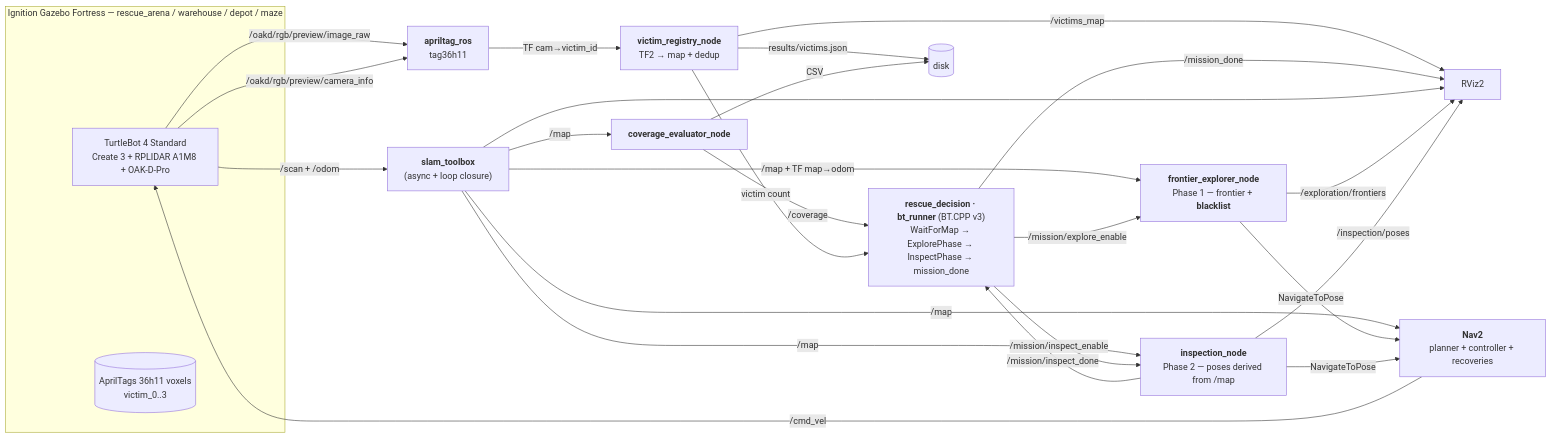
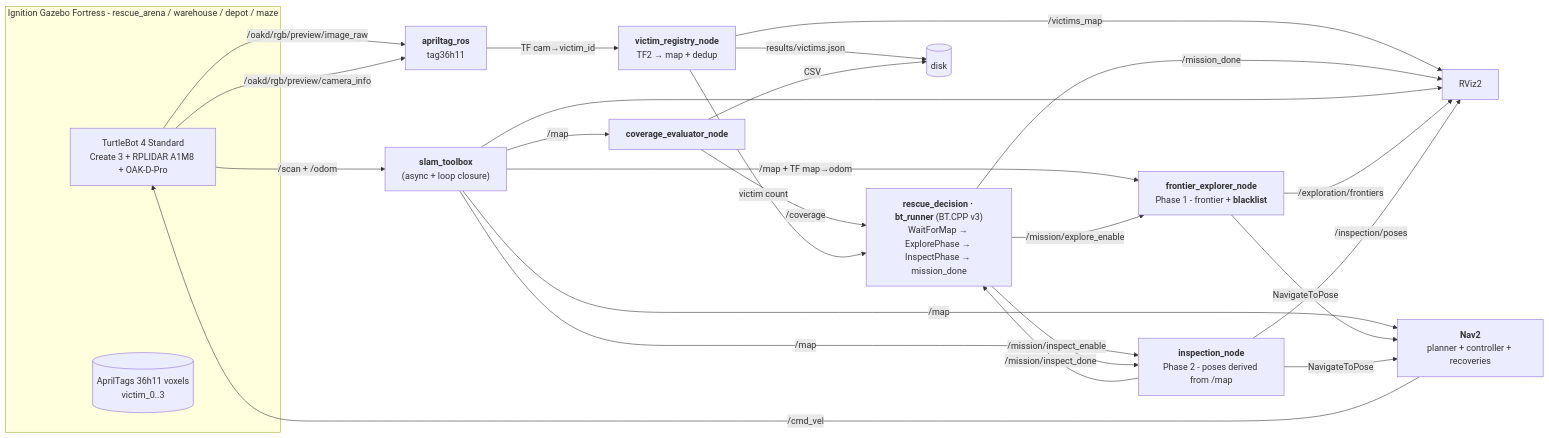
The diagram in README.md (YiZeems/autonomous-search-and-rescue), drawn with Mermaid before and after one commit. The commit also changed other lines of this file and 56 other files, not shown here.

````diff
--- a/README.md
+++ b/README.md
@@ -79,40 +100,40 @@
 ```mermaid
 flowchart LR
-    subgraph SIM["Ignition Gazebo Fortress — rescue_arena / warehouse / depot / maze"]
+    subgraph SIM["Ignition Gazebo Fortress - rescue_arena / warehouse / depot / maze"]
         ROBOT[TurtleBot 4 Standard<br/>Create 3 + RPLIDAR A1M8 + OAK-D-Pro]
         TAGS[(AprilTags 36h11 voxels<br/>victim_0..3)]
     end
 
     ROBOT -- /scan + /odom --> SLAM
     ROBOT -- /oakd/rgb/preview/image_raw --> APRIL
     ROBOT -- /oakd/rgb/preview/camera_info --> APRIL
 
     SLAM["<b>slam_toolbox</b><br/>(async + loop closure)"] -- "/map + TF map→odom" --> EXPLORE
     SLAM -- /map --> METRIC
     SLAM -- /map --> NAV2
     SLAM -- /map --> INSPECT
 
     APRIL["<b>apriltag_ros</b><br/>tag36h11"] -- TF cam→victim_id --> REG
 
     BT["<b>rescue_decision · bt_runner</b> (BT.CPP v3)<br/>WaitForMap → ExplorePhase → InspectPhase → mission_done"]
     BT -- /mission/explore_enable --> EXPLORE
     BT -- /mission/inspect_enable --> INSPECT
     METRIC -- /coverage --> BT
     INSPECT -- /mission/inspect_done --> BT
     REG -- victim count --> BT
 
-    EXPLORE["<b>frontier_explorer_node</b><br/>Phase 1 — frontier + <b>blacklist</b>"] -- NavigateToPose --> NAV2
-    INSPECT["<b>inspection_node</b><br/>Phase 2 — poses derived from /map"] -- NavigateToPose --> NAV2
+    EXPLORE["<b>frontier_explorer_node</b><br/>Phase 1 - frontier + <b>blacklist</b>"] -- NavigateToPose --> NAV2
+    INSPECT["<b>inspection_node</b><br/>Phase 2 - poses derived from /map"] -- NavigateToPose --> NAV2
     REG["<b>victim_registry_node</b><br/>TF2 → map + dedup"] -- /victims_map --> RVIZ
     REG -- results/victims.json --> FS[(disk)]
 
     NAV2["<b>Nav2</b><br/>planner + controller + recoveries"] -- /cmd_vel --> ROBOT
 
     METRIC["<b>coverage_evaluator_node</b>"] -- CSV --> FS
     BT -- /mission_done --> RVIZ
 
     RVIZ[RViz2]
     SLAM --> RVIZ
     EXPLORE -- /exploration/frontiers --> RVIZ
     INSPECT -- /inspection/poses --> RVIZ
 ```
````
